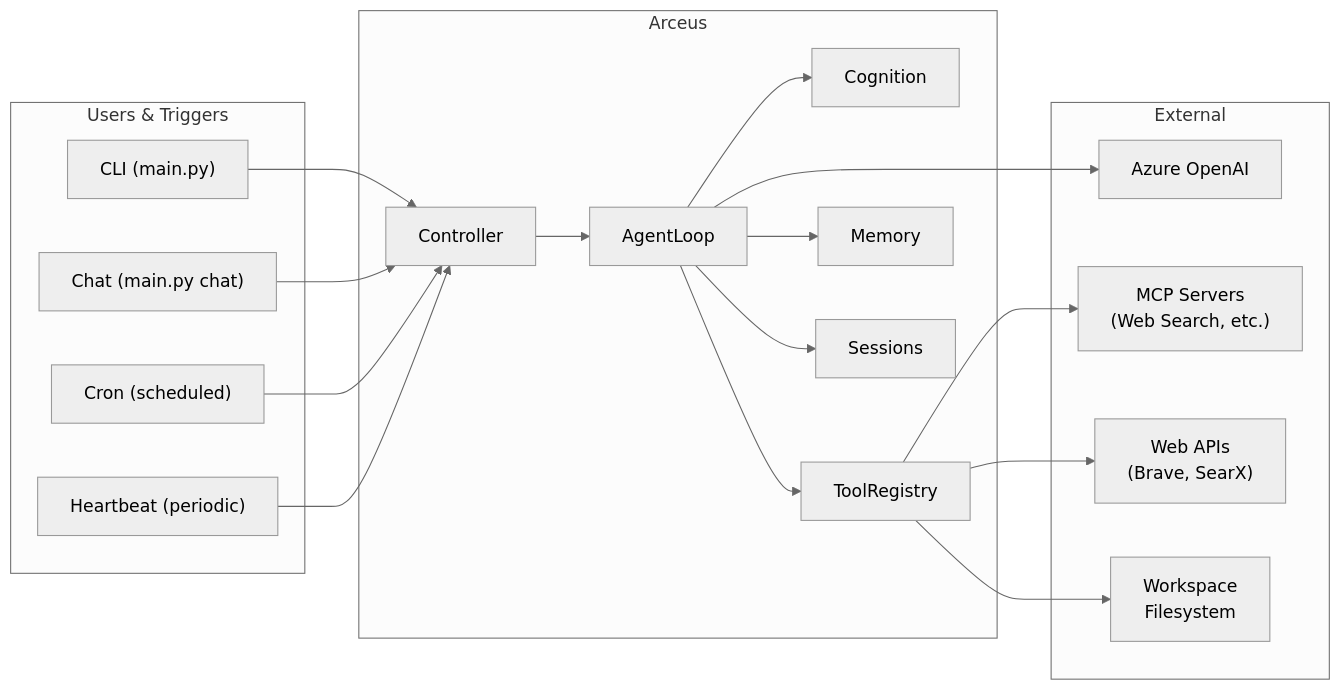
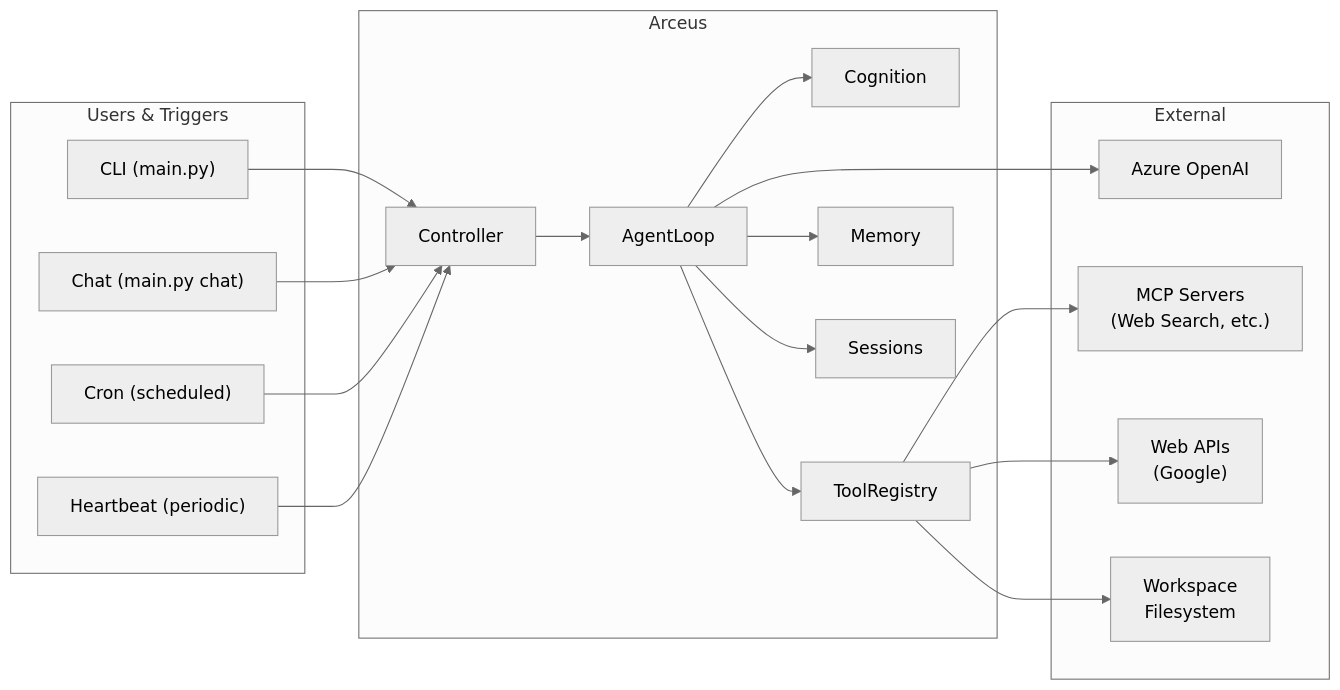
One commit to divo12/Arceus changed the first of 3 diagrams in docs/architecture.md. Above: the diagram before and after it, drawn with Mermaid (neutral theme). The commit also changed other lines of this file and 11 other files, not shown here.

Commit message:
Web tools: Google search only, BeautifulSoup fetch, test_web.py with recepto.ai integration test

````diff
--- a/docs/architecture.md
+++ b/docs/architecture.md
@@ -9,40 +9,40 @@
 ```mermaid
 flowchart LR
     subgraph Users["Users & Triggers"]
         CLI["CLI (main.py)"]
         CHAT["Chat (main.py chat)"]
         CRON["Cron (scheduled)"]
         HB["Heartbeat (periodic)"]
     end
 
     subgraph Arceus["Arceus"]
         CTRL["Controller"]
         LOOP["AgentLoop"]
         COG["Cognition"]
         REG["ToolRegistry"]
         MEM["Memory"]
         SESS["Sessions"]
     end
 
     subgraph External["External"]
         AZURE["Azure OpenAI"]
         MCP["MCP Servers\n(Web Search, etc.)"]
-        WEB["Web APIs\n(Brave, SearX)"]
+        WEB["Web APIs\n(Google)"]
         FS["Workspace\nFilesystem"]
     end
 
     CLI --> CTRL
     CHAT --> CTRL
     CRON --> CTRL
     HB --> CTRL
 
     CTRL --> LOOP
     LOOP --> COG
     LOOP --> REG
     LOOP --> MEM
     LOOP --> SESS
     LOOP --> AZURE
     REG --> MCP
     REG --> WEB
     REG --> FS
 ```
````
